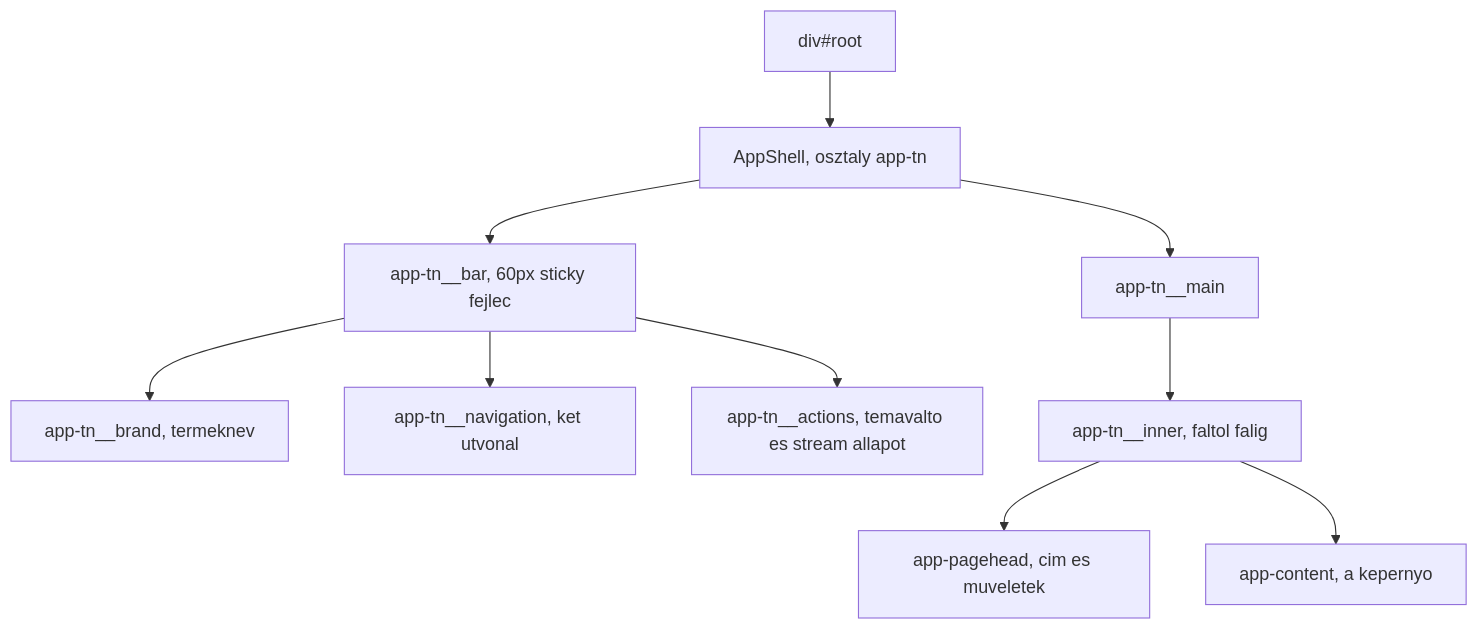
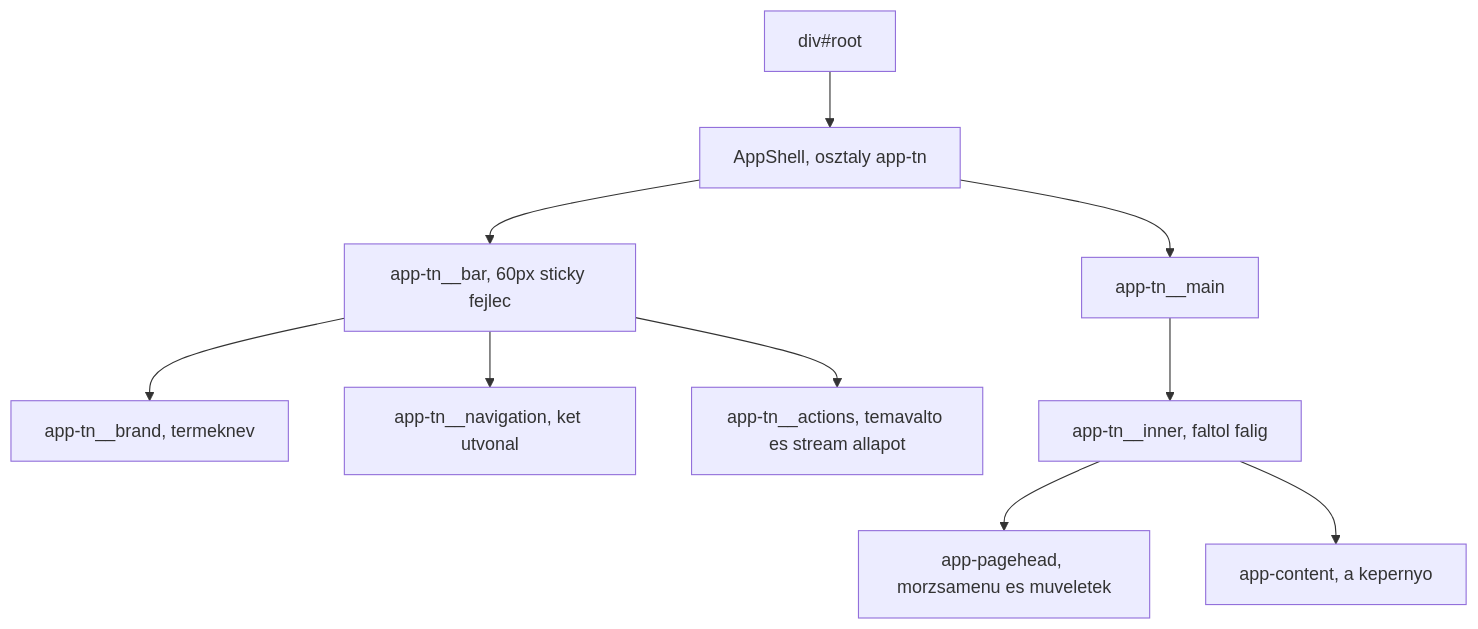
One commit to EggProject/easter-workflow-builder changed the first of 2 diagrams in docs/spec/SPEC-007-frontend-alkalmazas.md. Above: the diagram before and after it, drawn with Mermaid. The commit also changed other lines of this file and 285 other files, not shown here.

````diff
--- a/docs/spec/SPEC-007-frontend-alkalmazas.md
+++ b/docs/spec/SPEC-007-frontend-alkalmazas.md
@@ -261,12 +261,12 @@
 ```mermaid
 flowchart TD
     ROOT["div#root"] --> APP["AppShell, osztaly app-tn"]
     APP --> BAR["app-tn__bar, 60px sticky fejlec"]
     APP --> MAIN["app-tn__main"]
     BAR --> BRAND["app-tn__brand, termeknev"]
     BAR --> NAV["app-tn__navigation, ket utvonal"]
     BAR --> ACT["app-tn__actions, temavalto es stream allapot"]
     MAIN --> INNER["app-tn__inner, faltol falig"]
-    INNER --> HEAD["app-pagehead, cim es muveletek"]
+    INNER --> HEAD["app-pagehead, morzsamenu es muveletek"]
     INNER --> CONTENT["app-content, a kepernyo"]
 ```
````
